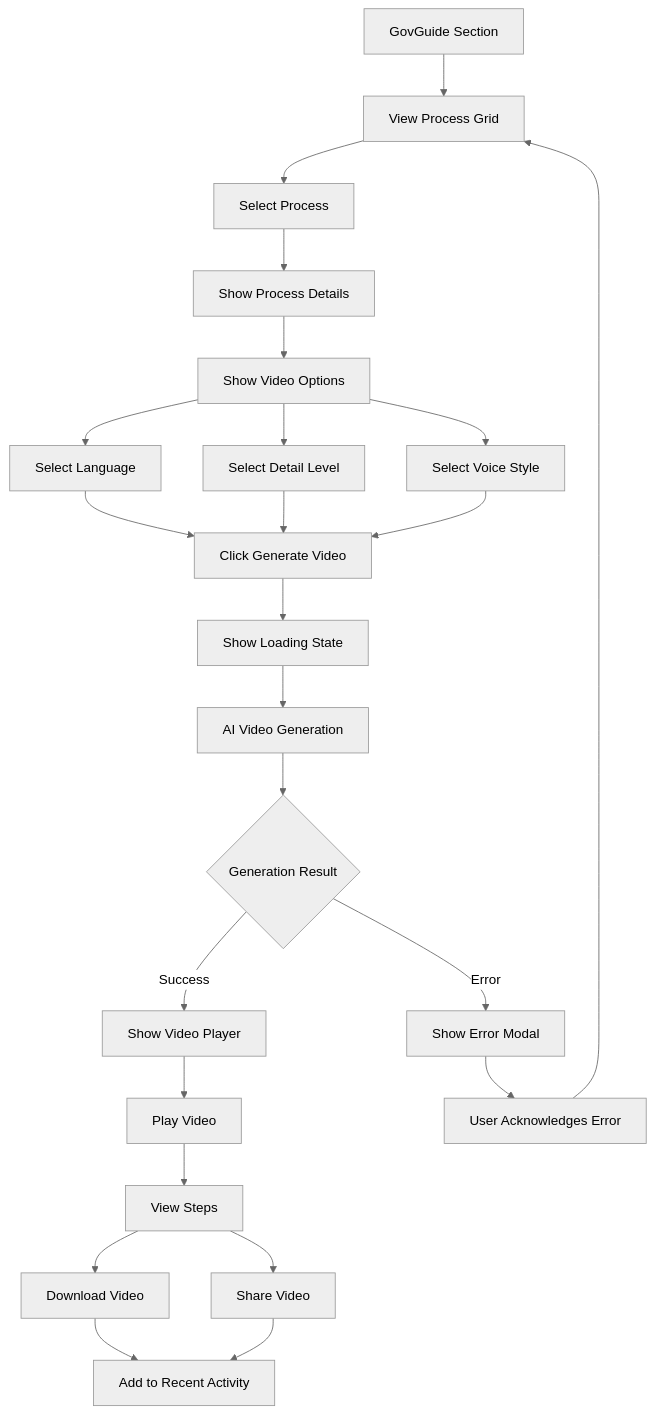
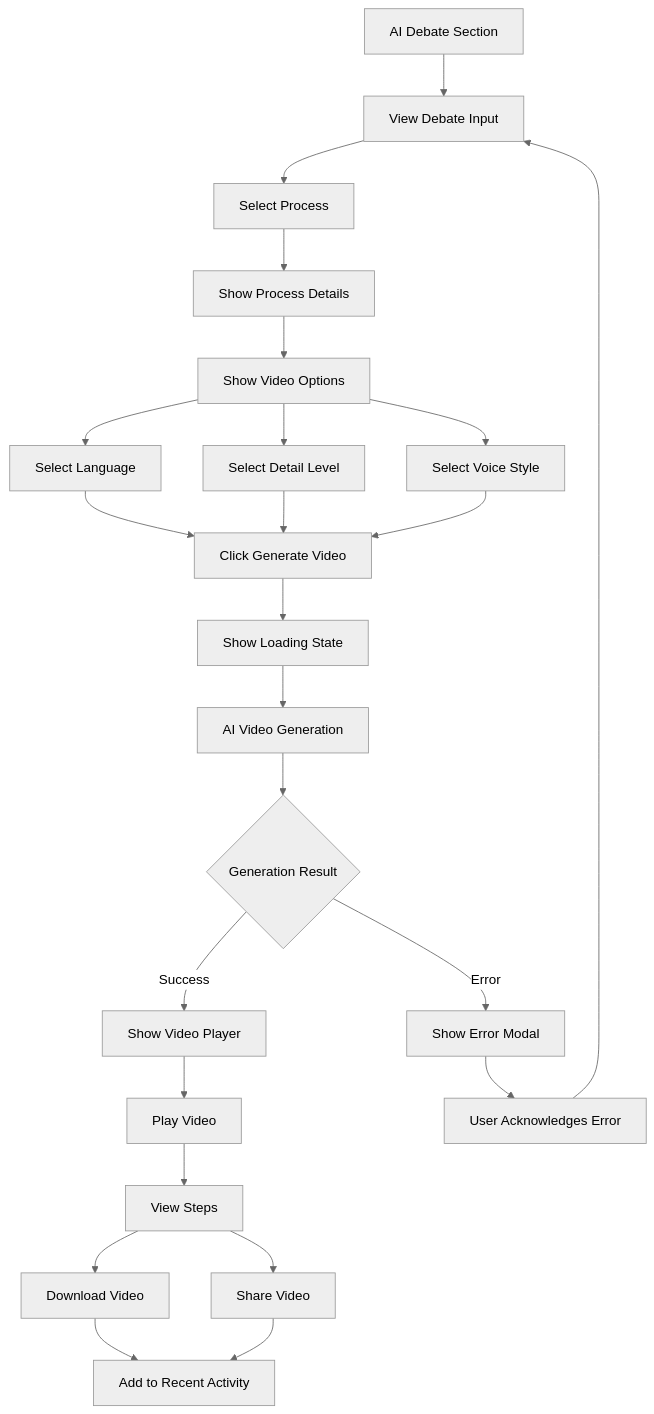
One commit to Galarj/hackathon-try changed the fifth of 6 diagrams in USER-FLOW.md. Above: the diagram before and after it, drawn with Mermaid (neutral theme). The commit also changed other lines of this file and 3 other files, not shown here.

````diff
--- a/USER-FLOW.md
+++ b/USER-FLOW.md
@@ -336,34 +294,34 @@
 ```mermaid
 graph TB
-    A[GovGuide Section] --> B[View Process Grid]
+    A[AI Debate Section] --> B[View Debate Input]
     B --> C[Select Process]
     
     C --> D[Show Process Details]
     D --> E[Show Video Options]
     
     E --> F[Select Language]
     E --> G[Select Detail Level]
     E --> H[Select Voice Style]
     
     F --> I[Click Generate Video]
     G --> I
     H --> I
     
     I --> J[Show Loading State]
     J --> K[AI Video Generation]
     K --> L{Generation Result}
     
     L -->|Success| M[Show Video Player]
     L -->|Error| N[Show Error Modal]
     
     M --> O[Play Video]
     O --> P[View Steps]
     P --> Q[Download Video]
     P --> R[Share Video]
     
     Q --> S[Add to Recent Activity]
     R --> S
     
     N --> T[User Acknowledges Error]
     T --> B
 ```
````
